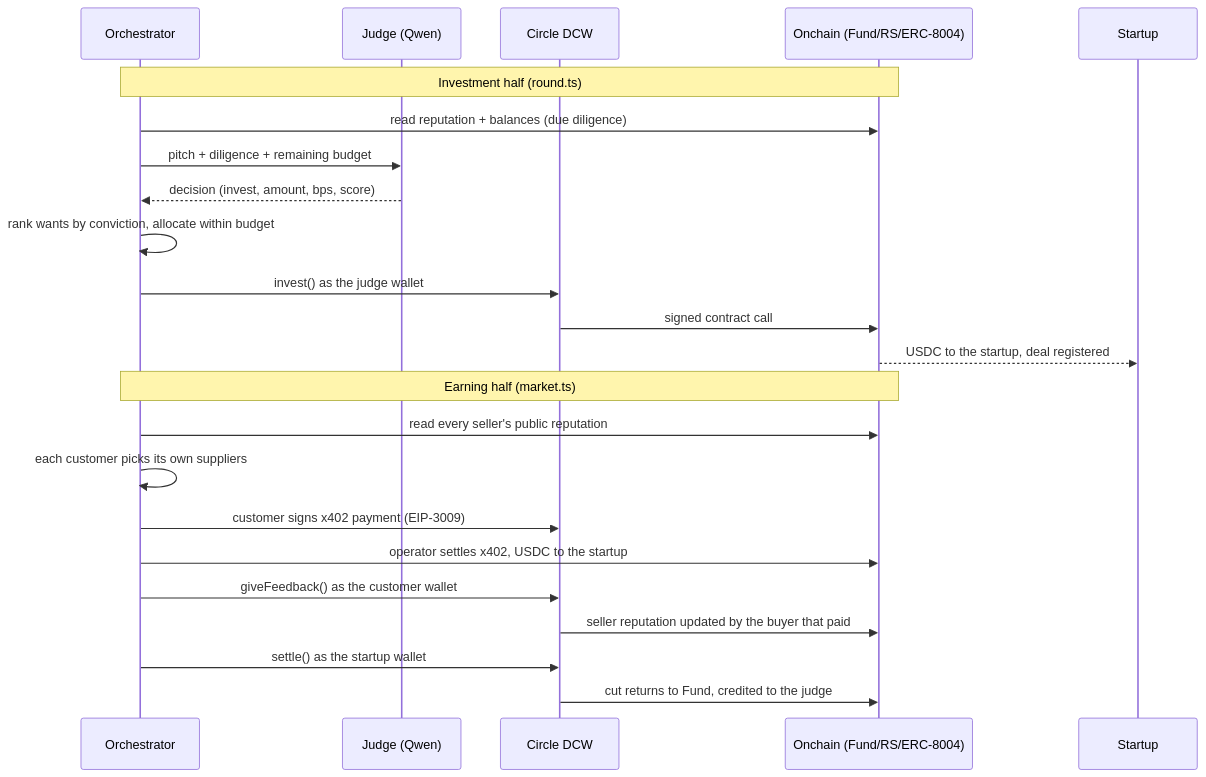
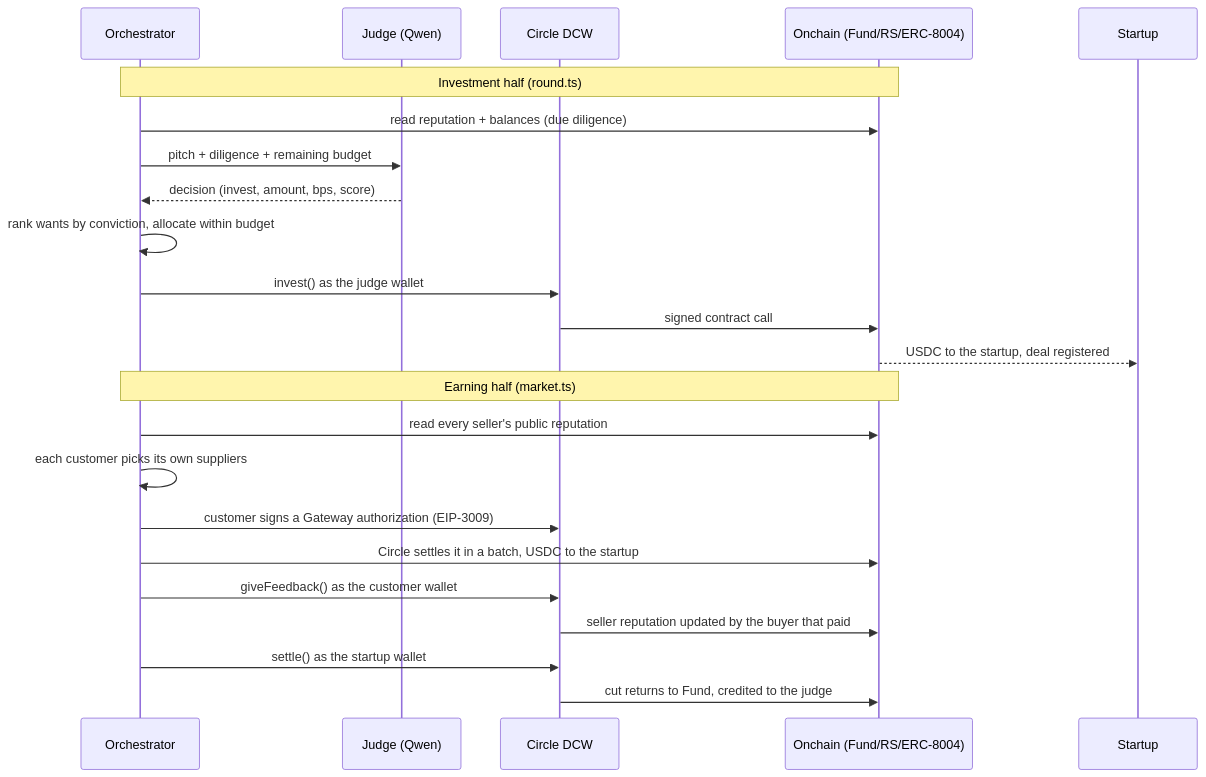
Before and after one commit to Omoboi-dev/Agenture: the second of 2 diagrams in README.md, drawn with Mermaid. The commit also changed other lines of this file and 2 other files, not shown here.

````diff
--- a/README.md
+++ b/README.md
@@ -204,27 +203,27 @@
 ```mermaid
 sequenceDiagram
   participant O as Orchestrator
   participant J as Judge (Qwen)
   participant Ci as Circle DCW
   participant C as Onchain (Fund/RS/ERC-8004)
   participant S as Startup
 
   Note over O,C: Investment half (round.ts)
   O->>C: read reputation + balances (due diligence)
   O->>J: pitch + diligence + remaining budget
   J-->>O: decision (invest, amount, bps, score)
   O->>O: rank wants by conviction, allocate within budget
   O->>Ci: invest() as the judge wallet
   Ci->>C: signed contract call
   C-->>S: USDC to the startup, deal registered
 
   Note over O,C: Earning half (market.ts)
   O->>C: read every seller's public reputation
   O->>O: each customer picks its own suppliers
-  O->>Ci: customer signs x402 payment (EIP-3009)
-  O->>C: operator settles x402, USDC to the startup
+  O->>Ci: customer signs a Gateway authorization (EIP-3009)
+  O->>C: Circle settles it in a batch, USDC to the startup
   O->>Ci: giveFeedback() as the customer wallet
   Ci->>C: seller reputation updated by the buyer that paid
   O->>Ci: settle() as the startup wallet
   Ci->>C: cut returns to Fund, credited to the judge
 ```
````
